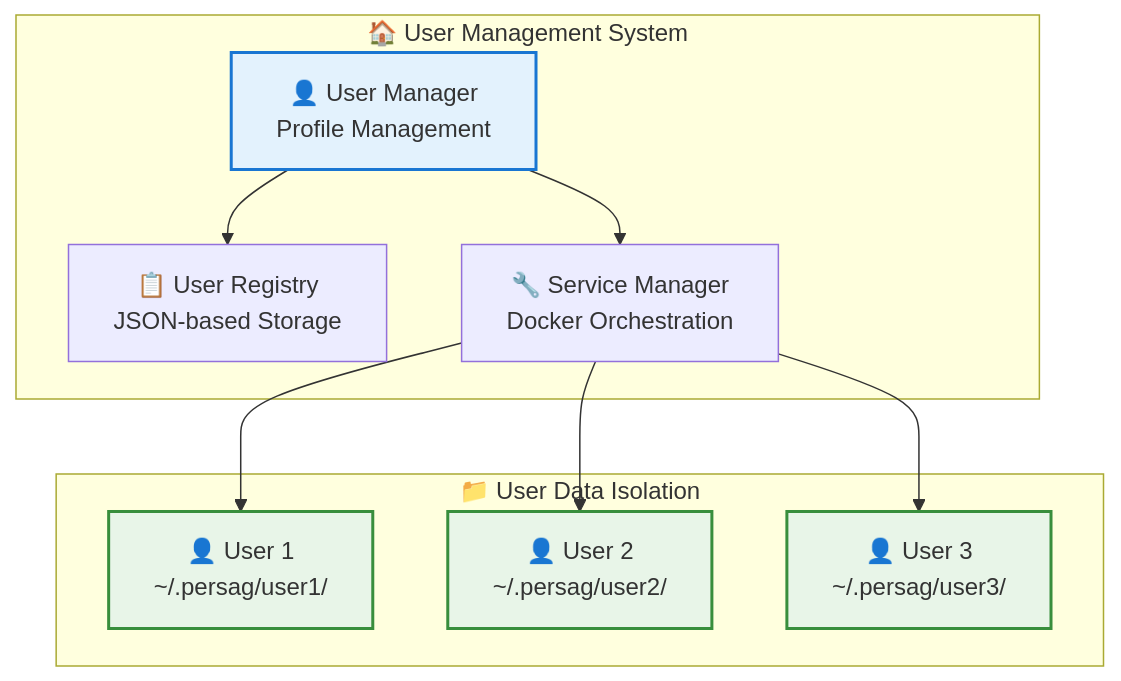
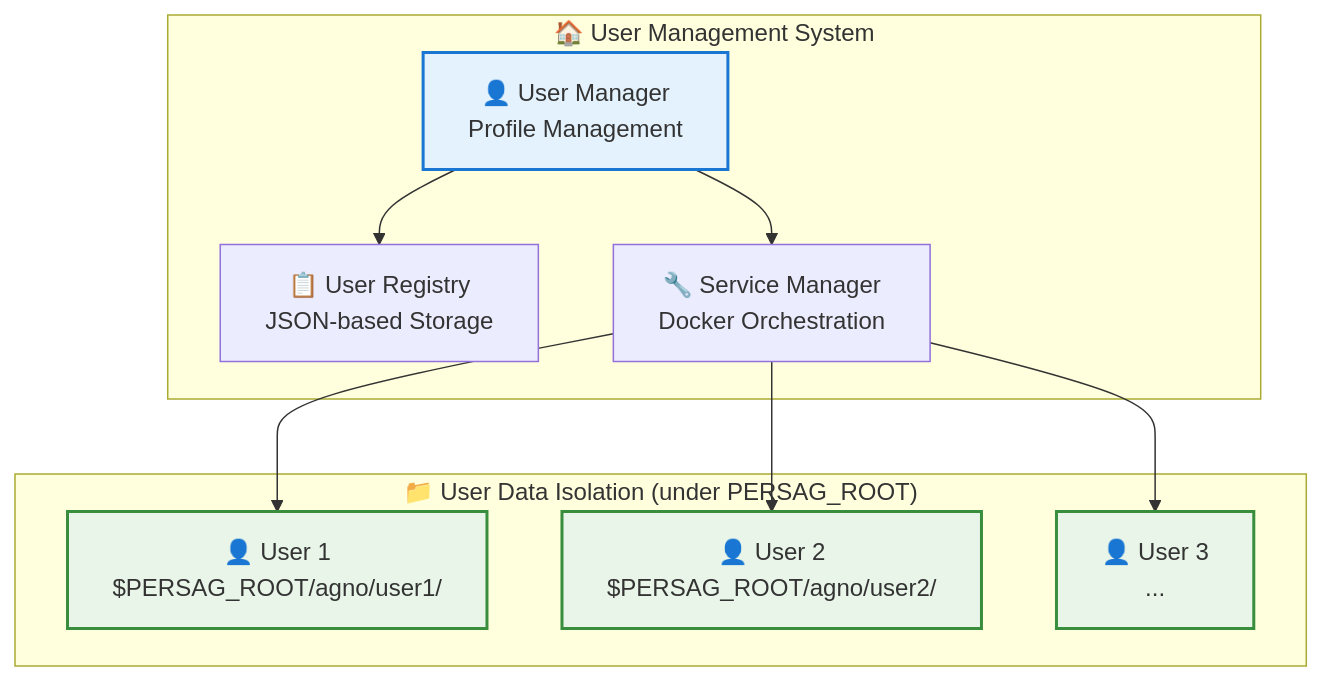
One commit to suchanek/personal_agent changed the second of 2 diagrams in README.md. Above: the diagram before and after it, drawn with Mermaid. The commit also changed other lines of this file and 11 other files, not shown here.

````diff
--- a/README.md
+++ b/README.md
@@ -224,25 +314,25 @@
 ```mermaid
 graph TB
     subgraph "🏠 User Management System"
-        USER_MGR[👤 User Manager<br/>Profile Management]
-        USER_REG[📋 User Registry<br/>JSON-based Storage]
-        SERVICE_MGR[🔧 Service Manager<br/>Docker Orchestration]
+        USER_MGR["👤 User Manager<br/>Profile Management"]
+        USER_REG["📋 User Registry<br/>JSON-based Storage"]
+        SERVICE_MGR["🔧 Service Manager<br/>Docker Orchestration"]
     end
     
-    subgraph "📁 User Data Isolation"
-        USER1[👤 User 1<br/>~/.persag/user1/]
-        USER2[👤 User 2<br/>~/.persag/user2/]
-        USER3[👤 User 3<br/>~/.persag/user3/]
+    subgraph "📁 User Data Isolation (under PERSAG_ROOT)"
+        USER1["👤 User 1<br/>$PERSAG_ROOT/agno/user1/"]
+        USER2["👤 User 2<br/>$PERSAG_ROOT/agno/user2/"]
+        USER3["👤 User 3<br/>..."]
     end
     
     USER_MGR --> USER_REG
     USER_MGR --> SERVICE_MGR
     SERVICE_MGR --> USER1
     SERVICE_MGR --> USER2
     SERVICE_MGR --> USER3
     
     style USER_MGR fill:#e3f2fd,stroke:#1976d2,stroke-width:2px
     style USER1 fill:#e8f5e8,stroke:#388e3c,stroke-width:2px
     style USER2 fill:#e8f5e8,stroke:#388e3c,stroke-width:2px
     style USER3 fill:#e8f5e8,stroke:#388e3c,stroke-width:2px
 ```
````
